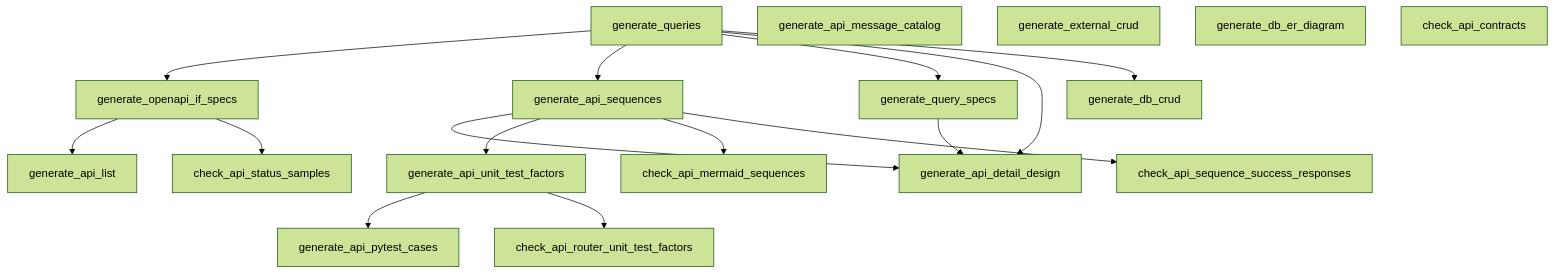
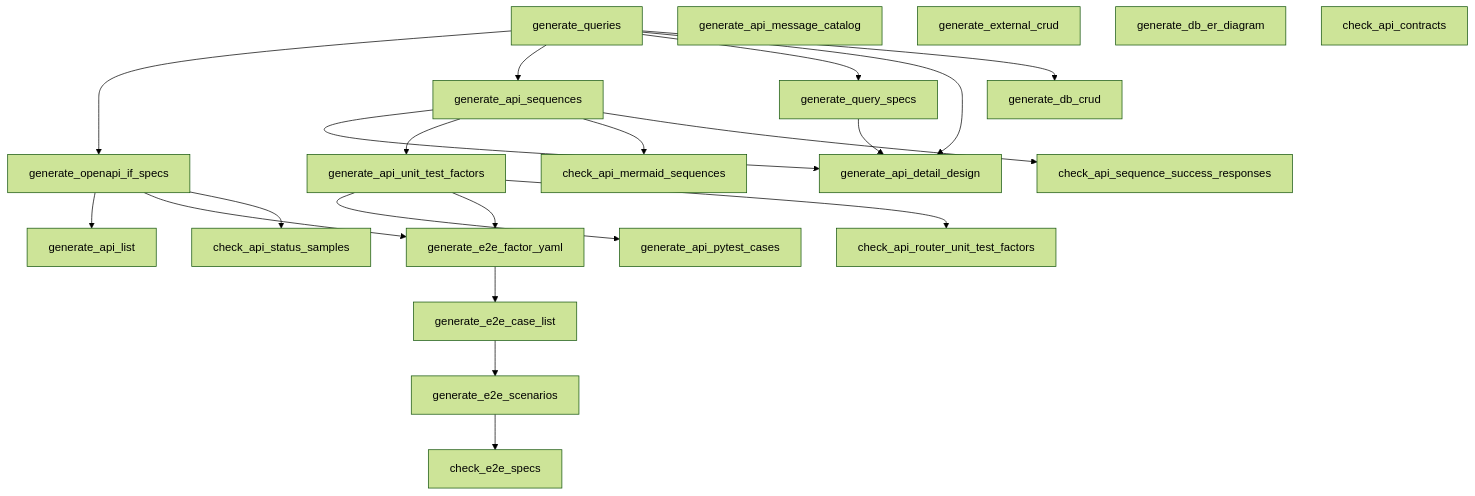
Before and after one commit to tsuji-tomonori/lazunex: the diagram in docs/spec/tools/execution-flow.gen.md, drawn with Mermaid (forest theme). The commit also changed 34 other files, not shown here.

````diff
--- a/docs/spec/tools/execution-flow.gen.md
+++ b/docs/spec/tools/execution-flow.gen.md
@@ -5,34 +5,43 @@
 ```mermaid
 flowchart TD
   generate_queries[generate_queries]
   generate_api_pytest_cases[generate_api_pytest_cases]
   generate_api_unit_test_factors --> generate_api_pytest_cases
   generate_openapi_if_specs[generate_openapi_if_specs]
   generate_queries --> generate_openapi_if_specs
   generate_api_list[generate_api_list]
   generate_openapi_if_specs --> generate_api_list
   generate_api_sequences[generate_api_sequences]
   generate_queries --> generate_api_sequences
   generate_query_specs[generate_query_specs]
   generate_queries --> generate_query_specs
   generate_api_detail_design[generate_api_detail_design]
   generate_queries --> generate_api_detail_design
   generate_query_specs --> generate_api_detail_design
   generate_api_sequences --> generate_api_detail_design
   generate_api_unit_test_factors[generate_api_unit_test_factors]
   generate_api_sequences --> generate_api_unit_test_factors
   generate_api_message_catalog[generate_api_message_catalog]
+  generate_e2e_factor_yaml[generate_e2e_factor_yaml]
+  generate_api_unit_test_factors --> generate_e2e_factor_yaml
+  generate_openapi_if_specs --> generate_e2e_factor_yaml
+  generate_e2e_case_list[generate_e2e_case_list]
+  generate_e2e_factor_yaml --> generate_e2e_case_list
+  generate_e2e_scenarios[generate_e2e_scenarios]
+  generate_e2e_case_list --> generate_e2e_scenarios
   generate_db_crud[generate_db_crud]
   generate_queries --> generate_db_crud
   generate_external_crud[generate_external_crud]
   generate_db_er_diagram[generate_db_er_diagram]
   check_api_status_samples[check_api_status_samples]
   generate_openapi_if_specs --> check_api_status_samples
   check_api_contracts[check_api_contracts]
   check_api_mermaid_sequences[check_api_mermaid_sequences]
   generate_api_sequences --> check_api_mermaid_sequences
   check_api_sequence_success_responses[check_api_sequence_success_responses]
   generate_api_sequences --> check_api_sequence_success_responses
   check_api_router_unit_test_factors[check_api_router_unit_test_factors]
   generate_api_unit_test_factors --> check_api_router_unit_test_factors
+  check_e2e_specs[check_e2e_specs]
+  generate_e2e_scenarios --> check_e2e_specs
 ```
````
